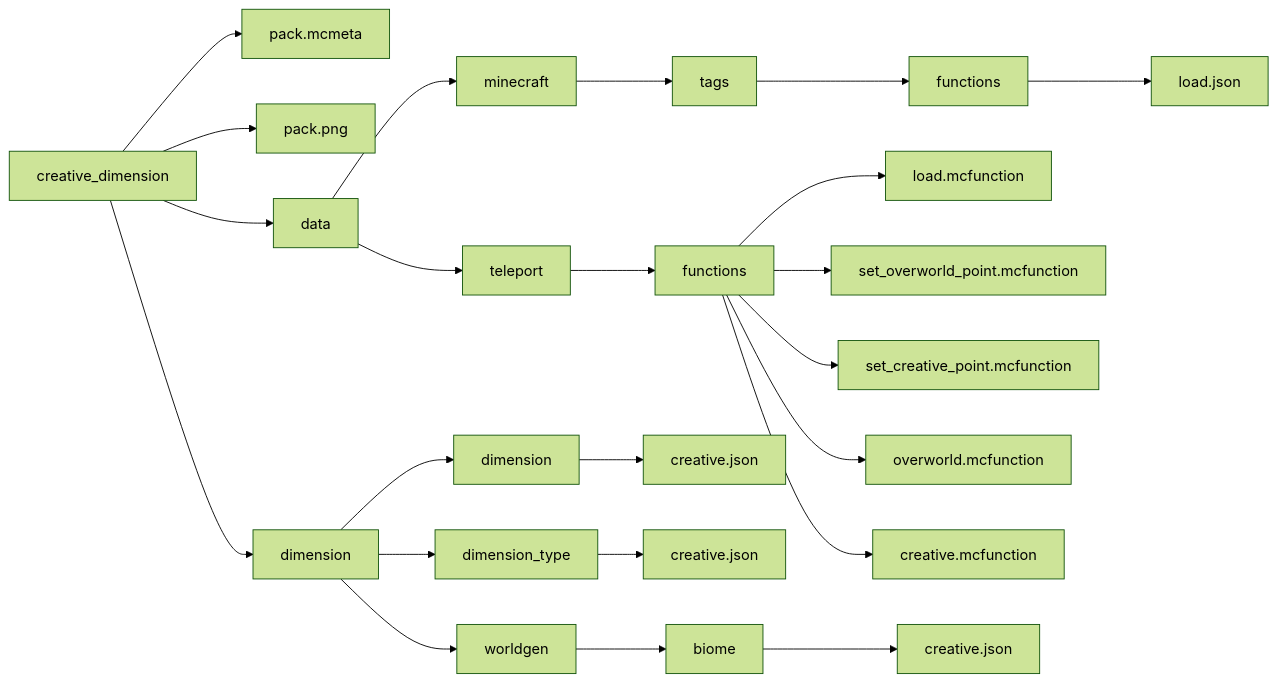
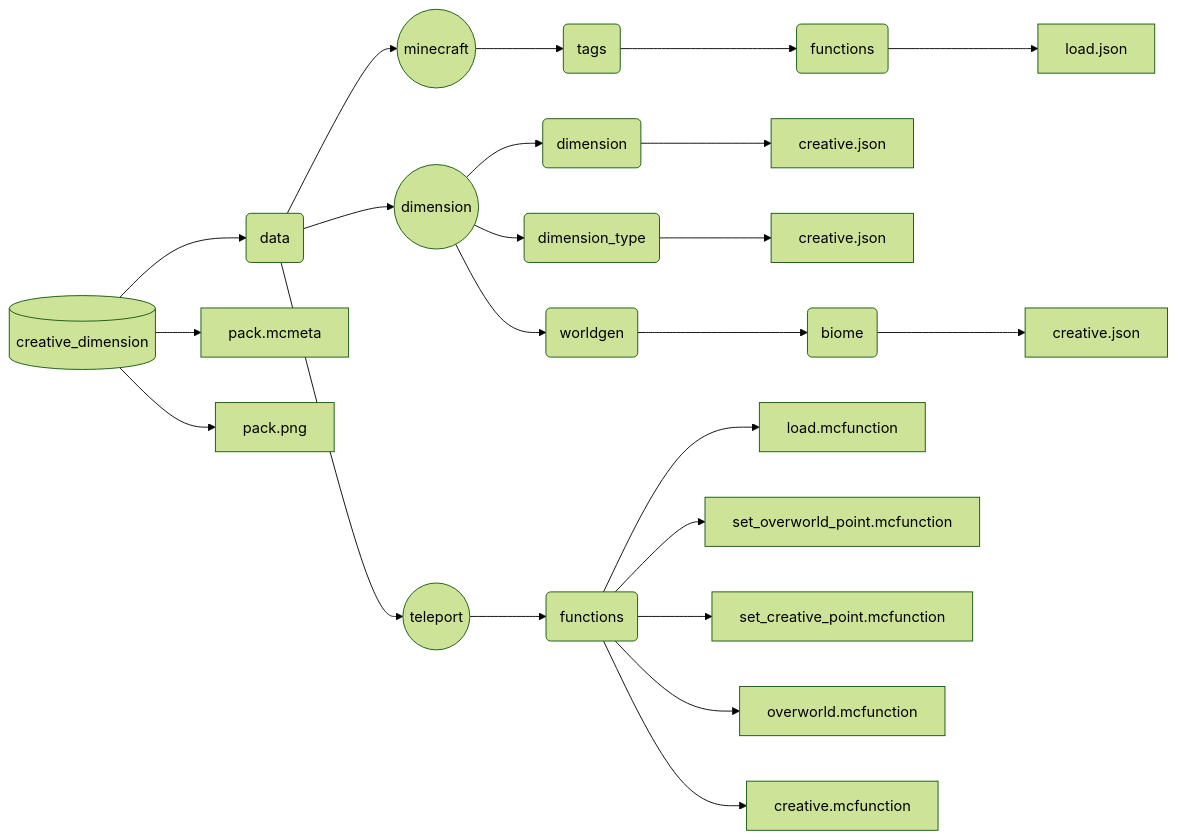
One commit to Srymm/creative_dimension changed the diagram in README.md. Above: the diagram before and after it, drawn with Mermaid (forest theme).

````diff
--- a/README.md
+++ b/README.md
@@ -42,25 +42,18 @@
 ```mermaid
 graph LR
-A[creative_dimension]-->B[pack.mcmeta]
-A-->C[pack.png]
-A-->D[data]
-D-->E[minecraft]
-E-->F[tags]
-F-->G[functions]
-G-->H[load.json]
-A-->I[dimension]
-I-->J[dimension]
-J-->K[creative.json]
-I-->L[dimension_type]
-L-->M[creative.json]
-I-->N[worldgen]
-N-->O[biome]
-O-->P[creative.json]
-D-->Q[teleport]
-Q-->R[functions]
-R-->S[load.mcfunction]
-R-->T[set_overworld_point.mcfunction]
-R-->U[set_creative_point.mcfunction]
-R-->V[overworld.mcfunction]
-R-->W[creative.mcfunction]
+PACK[(creative_dimension)]
+PACK-->DATA(data)
+       DATA-->MINECRAFT((minecraft))-->A(tags)-->B(functions)-->C[load.json]
+       DATA-->DIMENSION((dimension))
+              DIMENSION-->D(dimension)-->E[creative.json]
+              DIMENSION-->F(dimension_type)-->G[creative.json]
+              DIMENSION-->H(worldgen)-->I(biome)-->J[creative.json]
+       DATA-->TELEPORT((teleport))-->FUNCTIONS(functions)
+                                     FUNCTIONS-->K[load.mcfunction]
+                                     FUNCTIONS-->L[set_overworld_point.mcfunction]
+                                     FUNCTIONS-->M[set_creative_point.mcfunction]
+                                     FUNCTIONS-->N[overworld.mcfunction]
+                                     FUNCTIONS-->O[creative.mcfunction]
+PACK-->P[pack.mcmeta]
+PACK-->Q[pack.png]
 ```
````
